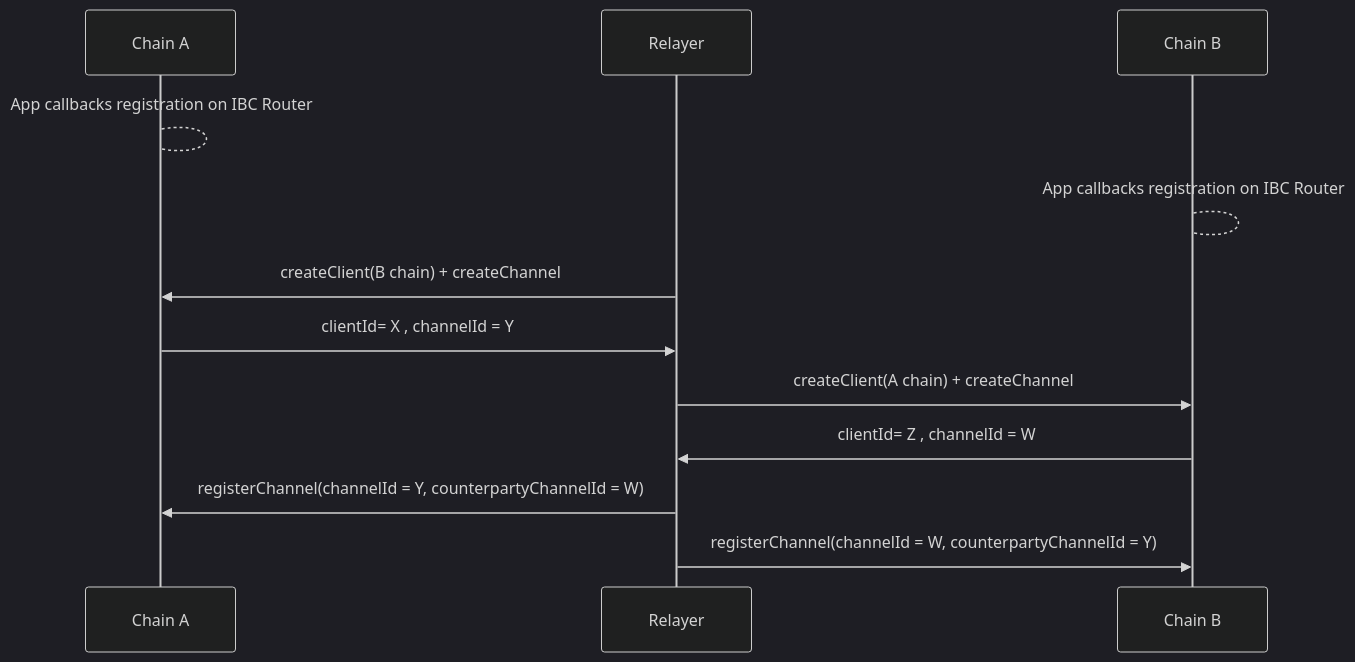
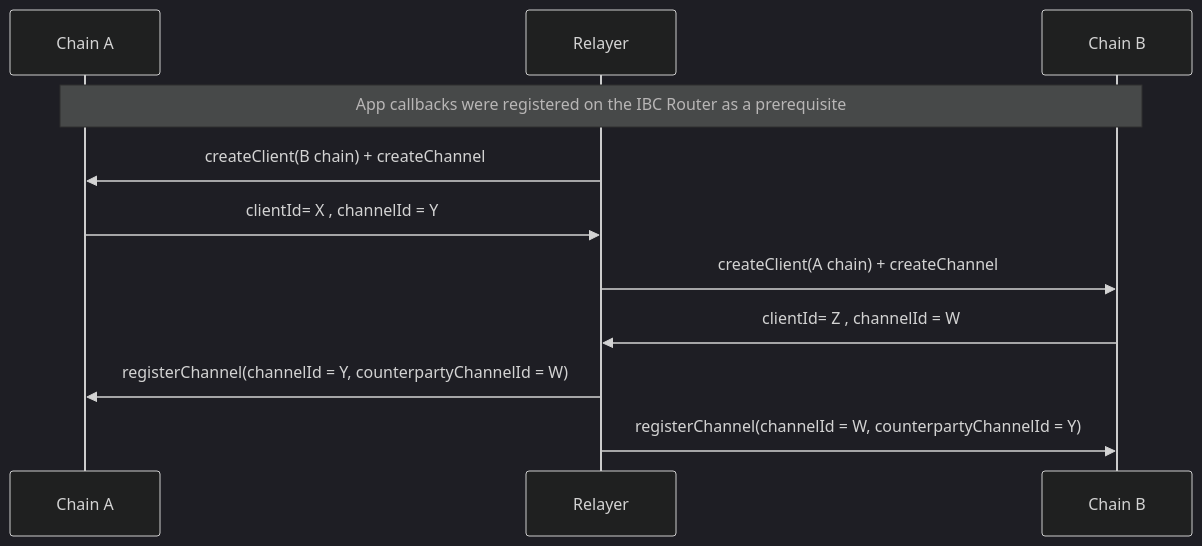
One commit to cosmos/ibc changed the first of 4 diagrams in spec/core/v2/ics-004-packet-semantics/README.md. Above: the diagram before and after it, drawn with Mermaid (dark theme). The commit also changed other lines of this file, not shown here.

````diff
--- a/spec/core/v2/ics-004-packet-semantics/README.md
+++ b/spec/core/v2/ics-004-packet-semantics/README.md
@@ -240,14 +239,13 @@
 ```mermaid
 sequenceDiagram  
     Participant Chain A
     Participant Relayer 
     Participant Chain B
-    Chain A --> Chain A: App callbacks registration on IBC Router
-    Chain B --> Chain B: App callbacks registration on IBC Router
+    Note over Chain A, Chain B: App callbacks were registered on the IBC Router as a prerequisite
     Relayer ->> Chain A : createClient(B chain) + createChannel
     Chain A ->> Relayer : clientId= X , channelId = Y
     Relayer ->> Chain B : createClient(A chain) + createChannel
     Chain B ->> Relayer : clientId= Z , channelId = W
     Relayer ->> Chain A : registerChannel(channelId = Y, counterpartyChannelId = W)
     Relayer ->> Chain B : registerChannel(channelId = W, counterpartyChannelId = Y) 
 ```
````
